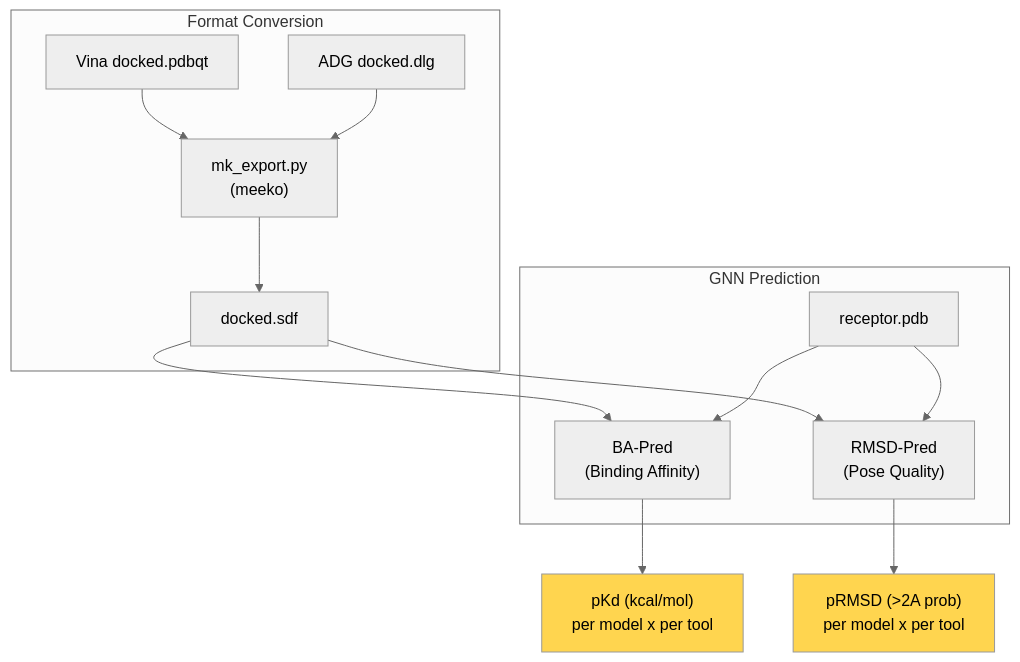
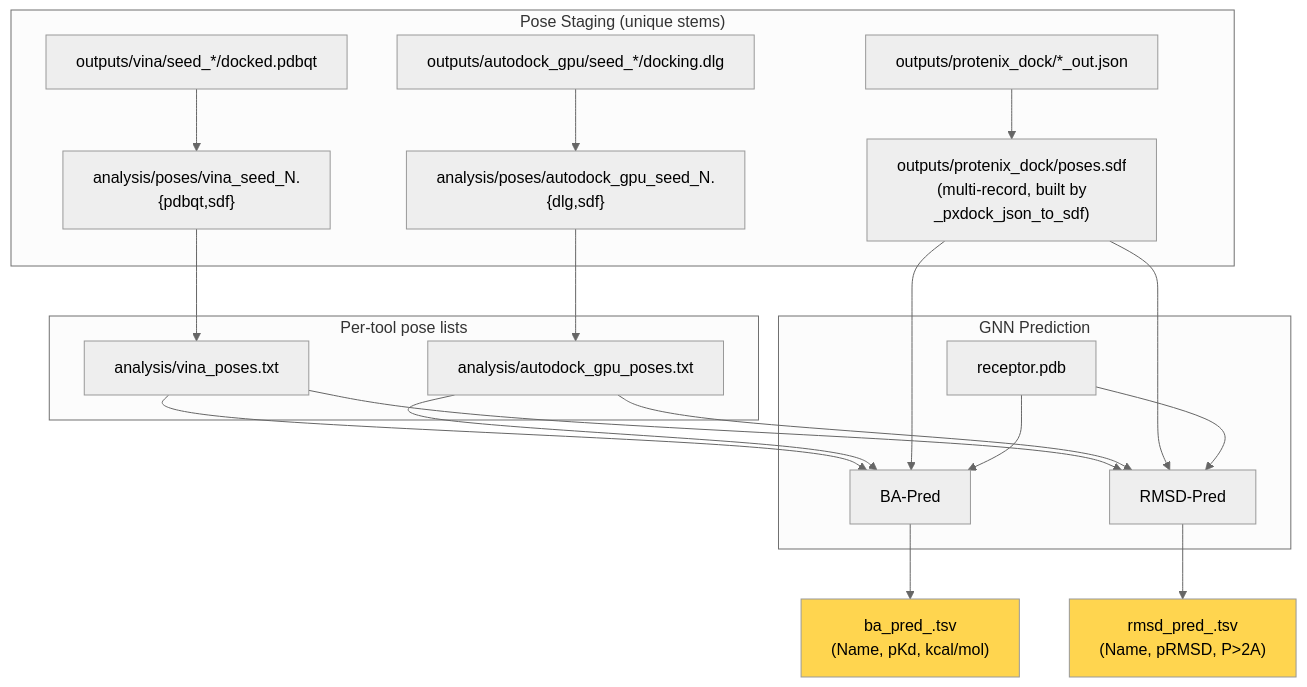
Before and after one commit to eightmm/mosaic-pl: diagram 18 of 22 in docs/pipeline.md, drawn with Mermaid (neutral theme). The commit also changed other lines of this file and 10 other files, not shown here.

First line of the commit message:
fix(pipeline): ADG dynamic GPF, pLDDT auto-select, top-5 diverse submission, ref analysis

````diff
--- a/docs/pipeline.md
+++ b/docs/pipeline.md
@@ -503,20 +506,25 @@
 ```mermaid
 flowchart TB
-    subgraph CONVERT["Format Conversion"]
-        VINA_OUT["Vina docked.pdbqt"] --> MK["mk_export.py\n(meeko)"]
-        ADG_OUT["ADG docked.dlg"] --> MK
-        MK --> SDF_OUT["docked.sdf"]
+    subgraph STAGE["Pose Staging (unique stems)"]
+        VINA_OUT["outputs/vina/seed_*/docked.pdbqt"] --> SGE["analysis/poses/vina_seed_N.{pdbqt,sdf}"]
+        ADG_OUT["outputs/autodock_gpu/seed_*/docking.dlg"] --> SGE2["analysis/poses/autodock_gpu_seed_N.{dlg,sdf}"]
+        PXD_OUT["outputs/protenix_dock/*_out.json"] --> PXSDF["outputs/protenix_dock/poses.sdf\n(multi-record, built by\n_pxdock_json_to_sdf)"]
+    end
+
+    subgraph LIST["Per-tool pose lists"]
+        SGE --> VLIST["analysis/vina_poses.txt"]
+        SGE2 --> ALIST["analysis/autodock_gpu_poses.txt"]
     end
 
     subgraph PREDICT["GNN Prediction"]
-        SDF_OUT --> BA["BA-Pred\n(Binding Affinity)"]
-        SDF_OUT --> RMSD["RMSD-Pred\n(Pose Quality)"]
+        VLIST & ALIST & PXSDF --> BA["BA-Pred"]
+        VLIST & ALIST & PXSDF --> RMSD["RMSD-Pred"]
         REC["receptor.pdb"] --> BA & RMSD
     end
 
-    BA --> BA_OUT["pKd (kcal/mol)\nper model x per tool"]
-    RMSD --> RMSD_OUT["pRMSD (>2A prob)\nper model x per tool"]
+    BA --> BA_OUT["ba_pred_<tool>.tsv\n(Name, pKd, kcal/mol)"]
+    RMSD --> RMSD_OUT["rmsd_pred_<tool>.tsv\n(Name, pRMSD, P>2A)"]
 
     style BA_OUT fill:#ffd54f,color:#000
     style RMSD_OUT fill:#ffd54f,color:#000
 ```
````
